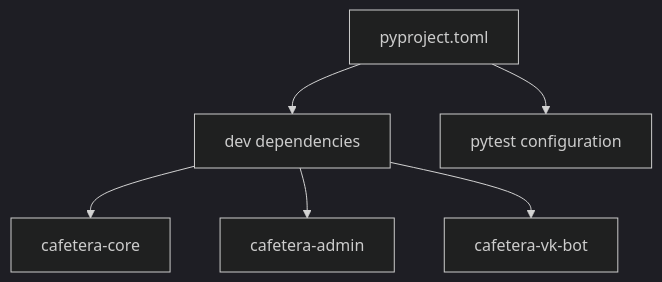
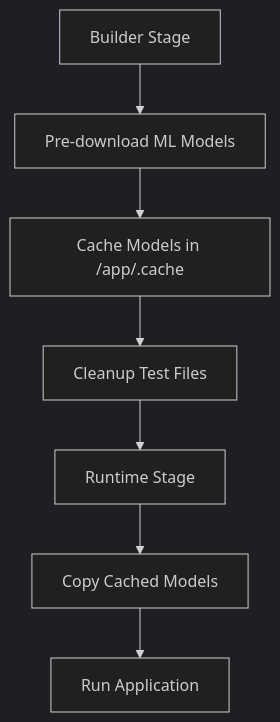
Diagram 11 of 13 in .qoder/repowiki/en/content/Document Management System.md (ognelis/cafetera_hr_bot), drawn with Mermaid (dark theme) before and after one commit. The commit also changed other lines of this file and 2 other files, not shown here.

Commit message:
CAFETERA-57 Improved qdrant index

````diff
--- a/.qoder/repowiki/en/content/Document Management System.md
+++ b/.qoder/repowiki/en/content/Document Management System.md
@@ -280,14 +383,9 @@
 ```mermaid
-graph TB
-UV["pyproject.toml"]
-DEV["dev dependencies"]
-COREPKG["cafetera-core"]
-ADMINPKG["cafetera-admin"]
-VKPKG["cafetera-vk-bot"]
-TESTS["pytest configuration"]
-UV --> DEV
-DEV --> COREPKG
-DEV --> ADMINPKG
-DEV --> VKPKG
-UV --> TESTS
+flowchart TD
+Builder["Builder Stage"] --> PreDownload["Pre-download ML Models"]
+PreDownload --> CacheModels["Cache Models in /app/.cache"]
+CacheModels --> Cleanup["Cleanup Test Files"]
+Cleanup --> Runtime["Runtime Stage"]
+Runtime --> CopyCache["Copy Cached Models"]
+CopyCache --> RunApp["Run Application"]
 ```
````
